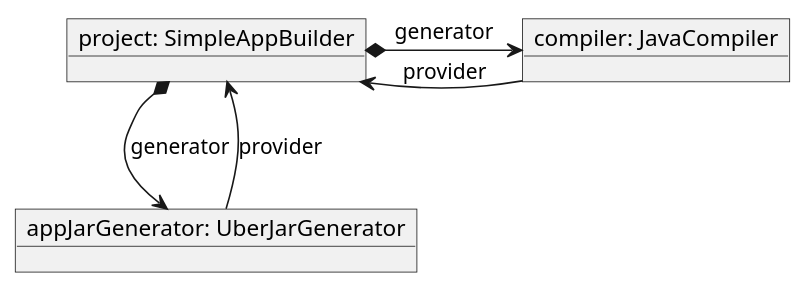
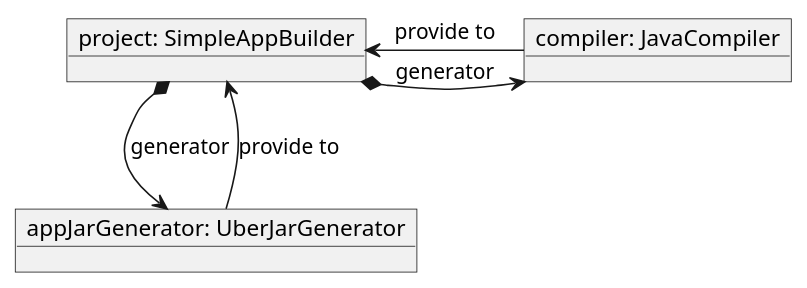
The third of 5 diagrams in overview.md (mnlipp/JDrupes-Builder), drawn with PlantUML before and after one commit. The commit also changed 1 other file, not shown here.

```diff
--- a/overview.md
+++ b/overview.md
@@ -31,11 +31,11 @@
 @startuml simple-appjar-project.svg
 scale 1.075
 
 object "project: SimpleAppBuilder" as project
 object "compiler: JavaCompiler" as compiler
 object "appJarGenerator: UberJarGenerator" as appJarGenerator
 project *-right-> compiler : generator
 project *--> appJarGenerator : generator
-appJarGenerator --> project : provider
-compiler --> project : provider
+appJarGenerator --> project : provide to
+compiler --> project : provide to
 @enduml
```
